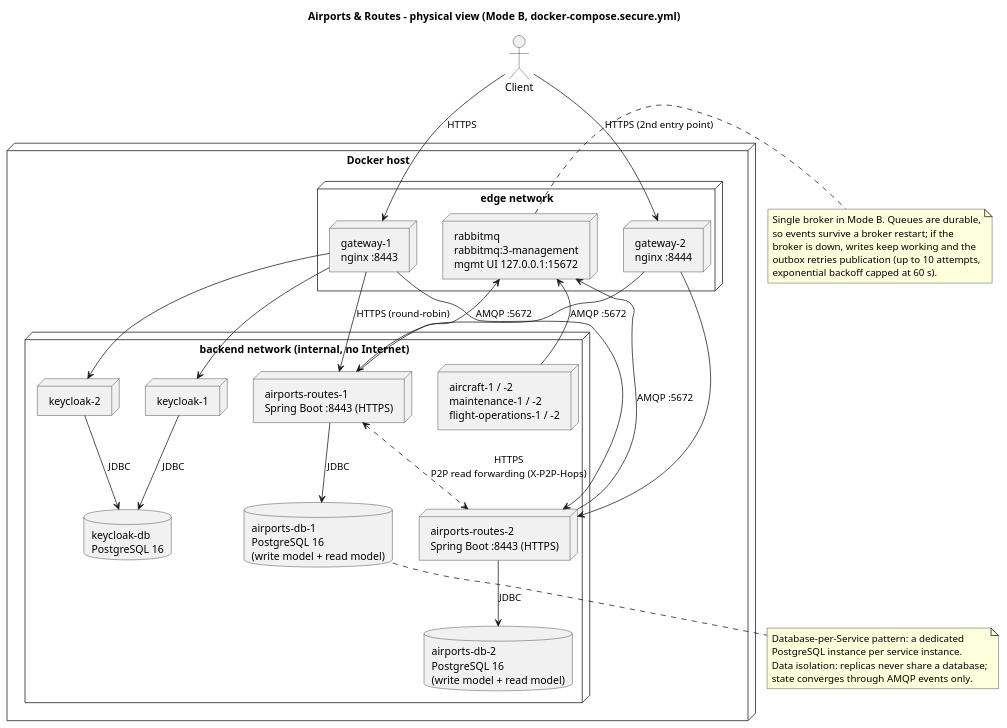
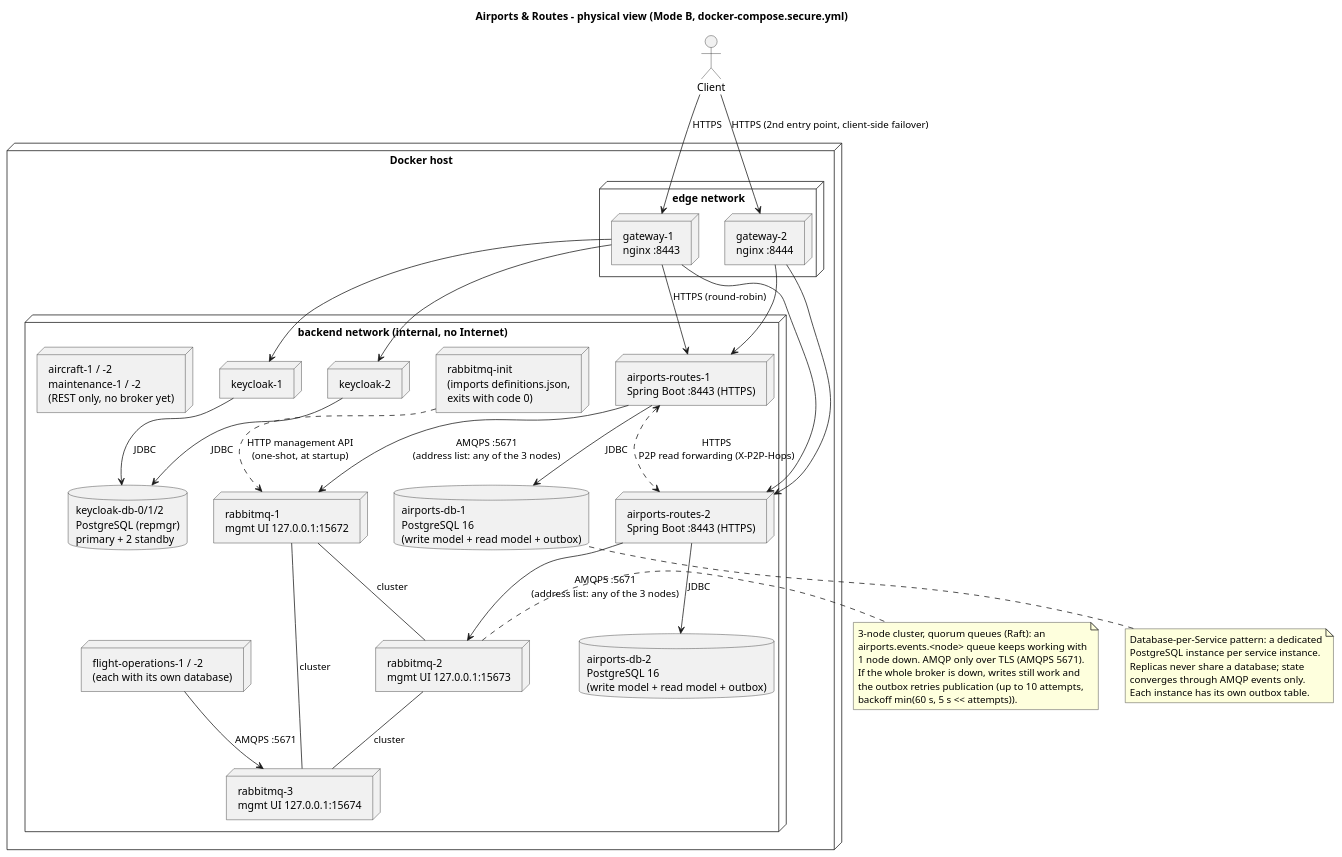
The diagram in Services/Airport e Routes/airports-routes-service/docs/physical-view-airports-routes.puml (anamartasilvaa/SIDIG_AI_Safe), drawn with PlantUML before and after one commit. The commit also changed 3 other files, not shown here.

Commit message:
diagramas de falhas, conflitos, cluster e topologia

```diff
--- a/Services/Airport e Routes/airports-routes-service/docs/physical-view-airports-routes.puml
+++ b/Services/Airport e Routes/airports-routes-service/docs/physical-view-airports-routes.puml
@@ -1,58 +1,69 @@
 @startuml physical-view-airports-routes
 skinparam shadowing false
 title Airports & Routes - physical view (Mode B, docker-compose.secure.yml)
 
 node "Docker host" {
   node "edge network" {
     node "gateway-1\nnginx :8443" as G1
     node "gateway-2\nnginx :8444" as G2
-    node "rabbitmq\nrabbitmq:3-management\nmgmt UI 127.0.0.1:15672" as RB
   }
   node "backend network (internal, no Internet)" {
     node "keycloak-1" as K1
     node "keycloak-2" as K2
-    database "keycloak-db\nPostgreSQL 16" as KDB
+    database "keycloak-db-0/1/2\nPostgreSQL (repmgr)\nprimary + 2 standby" as KDB
+
+    node "rabbitmq-1\nmgmt UI 127.0.0.1:15672" as RB1
+    node "rabbitmq-2\nmgmt UI 127.0.0.1:15673" as RB2
+    node "rabbitmq-3\nmgmt UI 127.0.0.1:15674" as RB3
+    node "rabbitmq-init\n(imports definitions.json,\nexits with code 0)" as RBI
 
     node "airports-routes-1\nSpring Boot :8443 (HTTPS)" as AR1
-    database "airports-db-1\nPostgreSQL 16\n(write model + read model)" as DB1
+    database "airports-db-1\nPostgreSQL 16\n(write model + read model + outbox)" as DB1
     node "airports-routes-2\nSpring Boot :8443 (HTTPS)" as AR2
-    database "airports-db-2\nPostgreSQL 16\n(write model + read model)" as DB2
+    database "airports-db-2\nPostgreSQL 16\n(write model + read model + outbox)" as DB2
 
-    node "aircraft-1 / -2\nmaintenance-1 / -2\nflight-operations-1 / -2" as OTHER
+    node "flight-operations-1 / -2\n(each with its own database)" as FO
+    node "aircraft-1 / -2\nmaintenance-1 / -2\n(REST only, no broker yet)" as OTHER
   }
 }
 
 actor "Client" as C
 C --> G1 : HTTPS
-C --> G2 : HTTPS (2nd entry point)
+C --> G2 : HTTPS (2nd entry point, client-side failover)
 G1 --> AR1 : HTTPS (round-robin)
 G1 --> AR2
 G2 --> AR1
 G2 --> AR2
 G1 --> K1
 G1 --> K2
 K1 --> KDB : JDBC
 K2 --> KDB : JDBC
 
 AR1 --> DB1 : JDBC
 AR2 --> DB2 : JDBC
-AR1 --> RB : AMQP :5672
-AR2 --> RB : AMQP :5672
-OTHER --> RB : AMQP :5672
+AR1 --> RB1 : AMQPS :5671\n(address list: any of the 3 nodes)
+AR2 --> RB2 : AMQPS :5671\n(address list: any of the 3 nodes)
+FO --> RB3 : AMQPS :5671
+RB1 -- RB2 : cluster
+RB2 -- RB3 : cluster
+RB1 -- RB3 : cluster
+RBI ..> RB1 : HTTP management API\n(one-shot, at startup)
 AR1 <..> AR2 : HTTPS\nP2P read forwarding (X-P2P-Hops)
 
 note bottom of DB1
   Database-per-Service pattern: a dedicated
   PostgreSQL instance per service instance.
-  Data isolation: replicas never share a database;
-  state converges through AMQP events only.
+  Replicas never share a database; state
+  converges through AMQP events only.
+  Each instance has its own outbox table.
 end note
 
-note right of RB
-  Single broker in Mode B. Queues are durable,
-  so events survive a broker restart; if the
-  broker is down, writes keep working and the
-  outbox retries publication (up to 10 attempts,
-  exponential backoff capped at 60 s).
+note right of RB2
+  3-node cluster, quorum queues (Raft): an
+  airports.events.<node> queue keeps working with
+  1 node down. AMQP only over TLS (AMQPS 5671).
+  If the whole broker is down, writes still work and
+  the outbox retries publication (up to 10 attempts,
+  backoff min(60 s, 5 s << attempts)).
 end note
 @enduml
```
